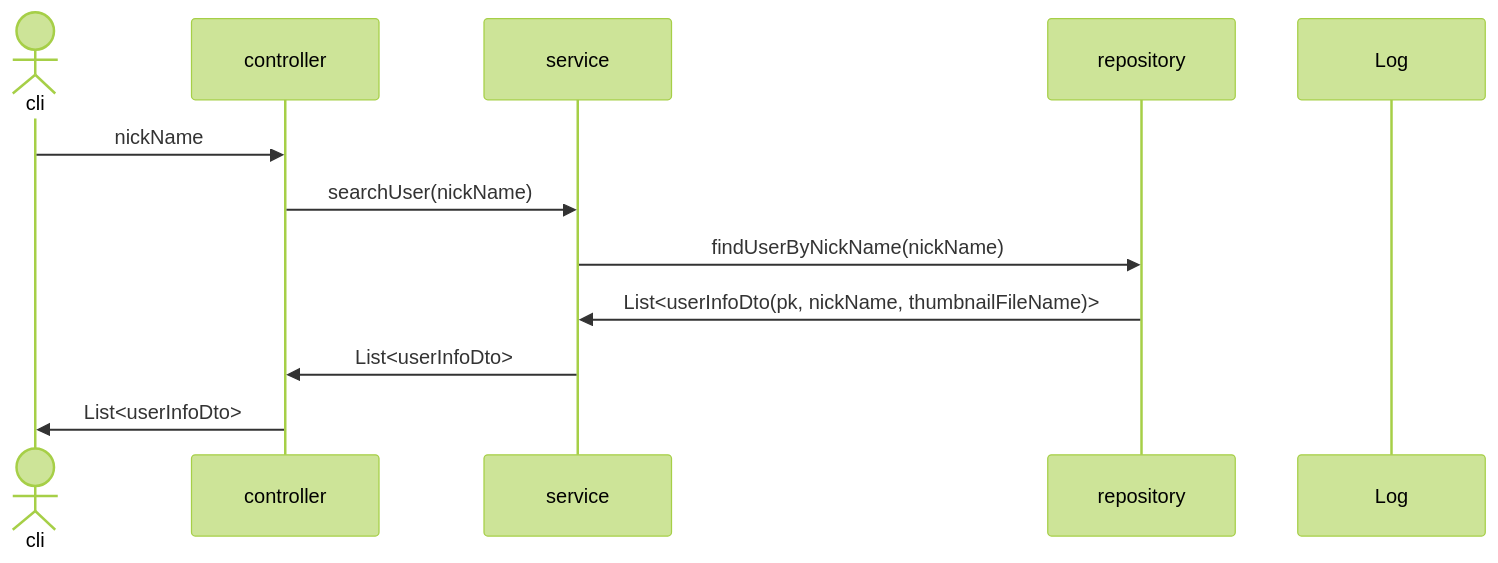
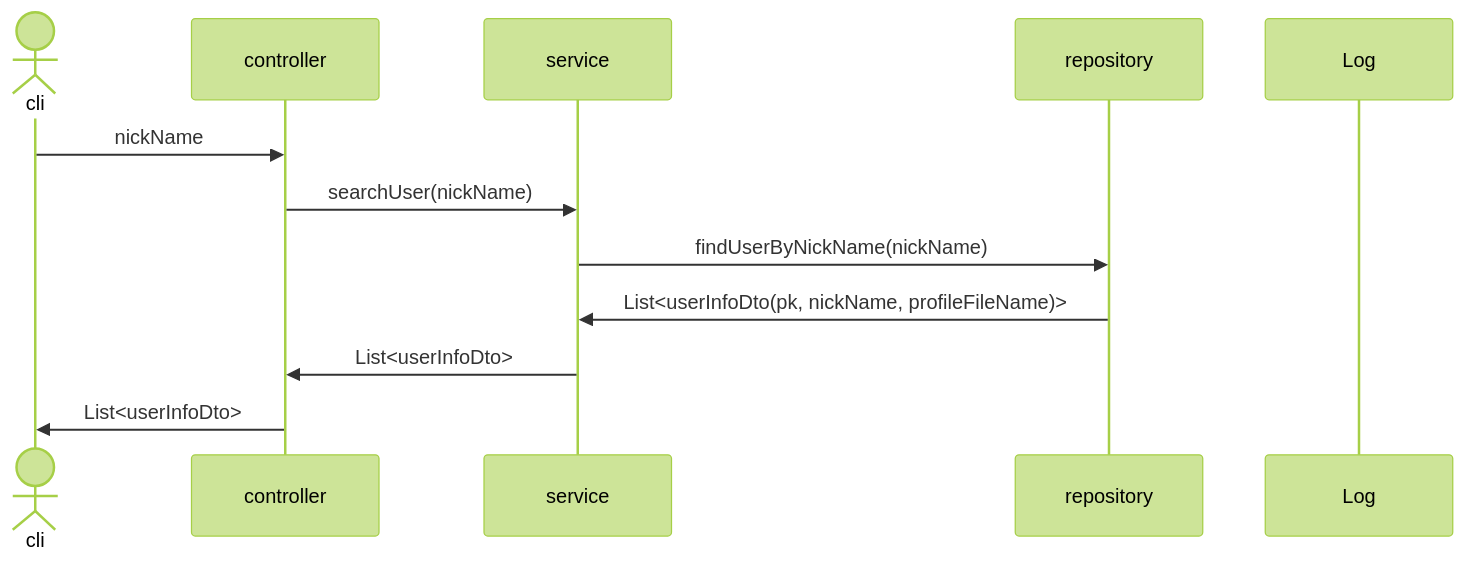
The ninth of 27 diagrams in sequence.md (mtak0235/snsX), drawn with Mermaid (forest theme) before and after one commit. The commit also changed other lines of this file, not shown here.

Commit message:
update searchUserPage & searchByTag sequence diagram

````diff
--- a/sequence.md
+++ b/sequence.md
@@ -160,15 +160,15 @@
 ```mermaid
 sequenceDiagram
 actor cli
 participant c as controller
 participant s as service
 participant r as repository
 participant l as Log
 
 cli->>c: nickName
 c->>s: searchUser(nickName)
 s->>r: findUserByNickName(nickName)
-r->>s: List<userInfoDto(pk, nickName, thumbnailFileName)>
+r->>s: List<userInfoDto(pk, nickName, profileFileName)>
 s->>c: List<userInfoDto>
 c->>cli: List<userInfoDto>
 ```
````
